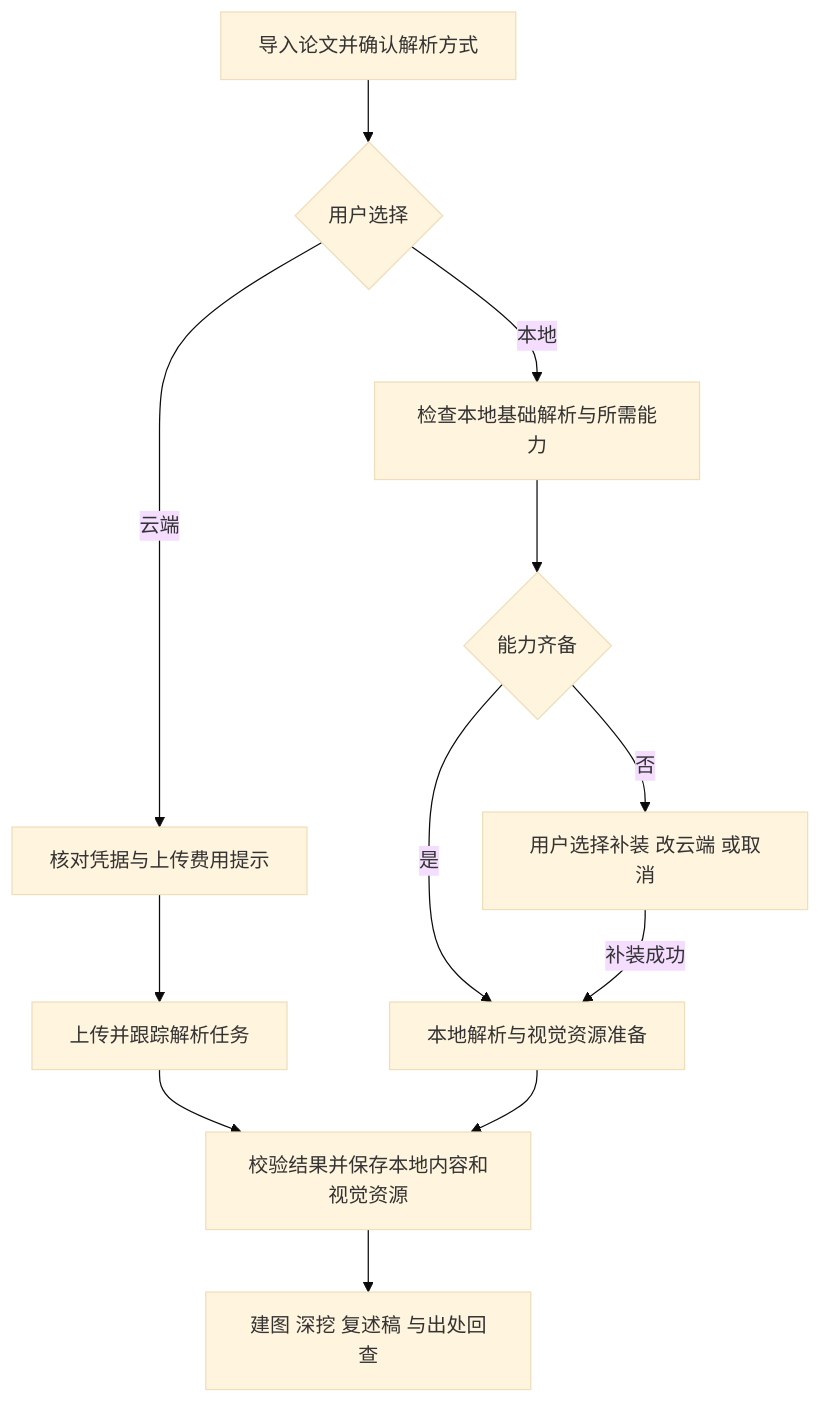
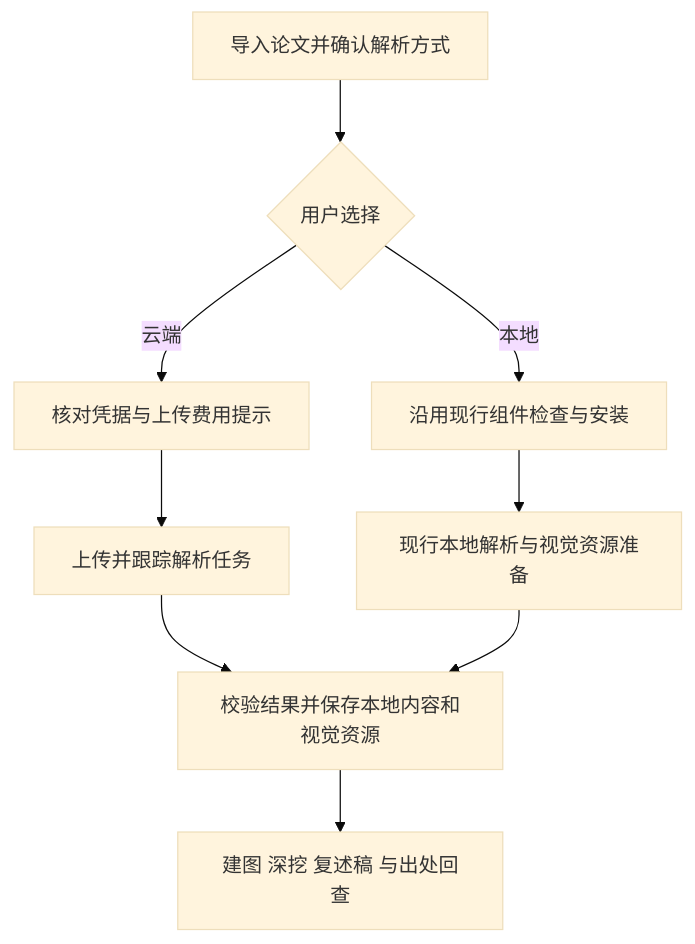
The first of 4 diagrams in docs/plans/2026-09-30-1512-feat-parser-options-plan.md (attackingjensen/paper-30min), drawn with Mermaid (base theme) before and after one commit. The commit also changed other lines of this file and 4 other files, not shown here.

````diff
--- a/docs/plans/2026-09-30-1512-feat-parser-options-plan.md
+++ b/docs/plans/2026-09-30-1512-feat-parser-options-plan.md
@@ -75,14 +75,11 @@
 ```mermaid
 flowchart TB
     A[导入论文并确认解析方式] --> B{用户选择}
     B -->|云端| C[核对凭据与上传费用提示]
     C --> D[上传并跟踪解析任务]
     D --> E[校验结果并保存本地内容和视觉资源]
-    B -->|本地| F[检查本地基础解析与所需能力]
-    F --> G{能力齐备}
-    G -->|是| H[本地解析与视觉资源准备]
-    G -->|否| I[用户选择补装 改云端 或取消]
-    I -->|补装成功| H
+    B -->|本地| F[沿用现行组件检查与安装]
+    F --> H[现行本地解析与视觉资源准备]
     H --> E
     E --> J[建图 深挖 复述稿 与出处回查]
 ```
````
